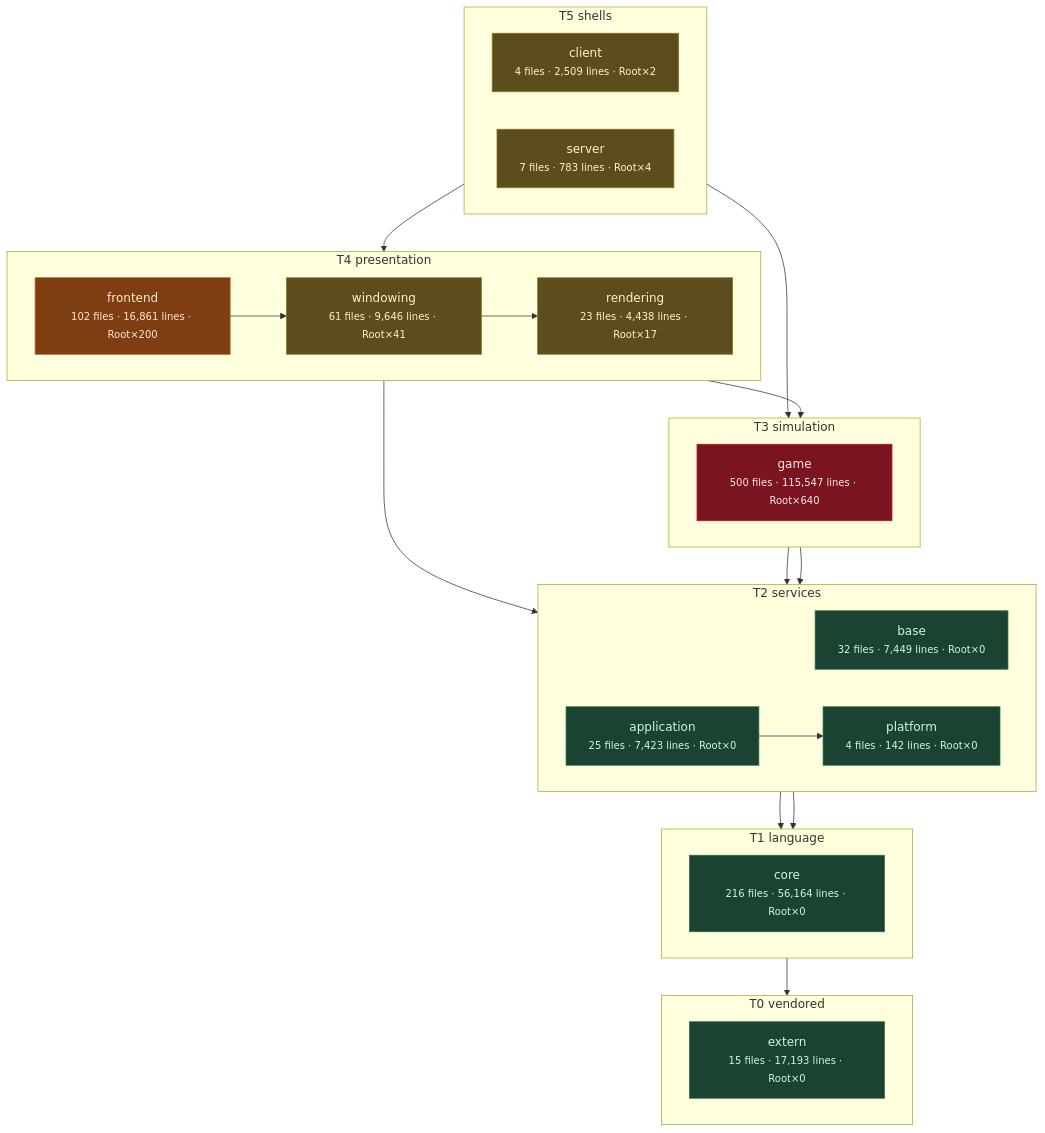
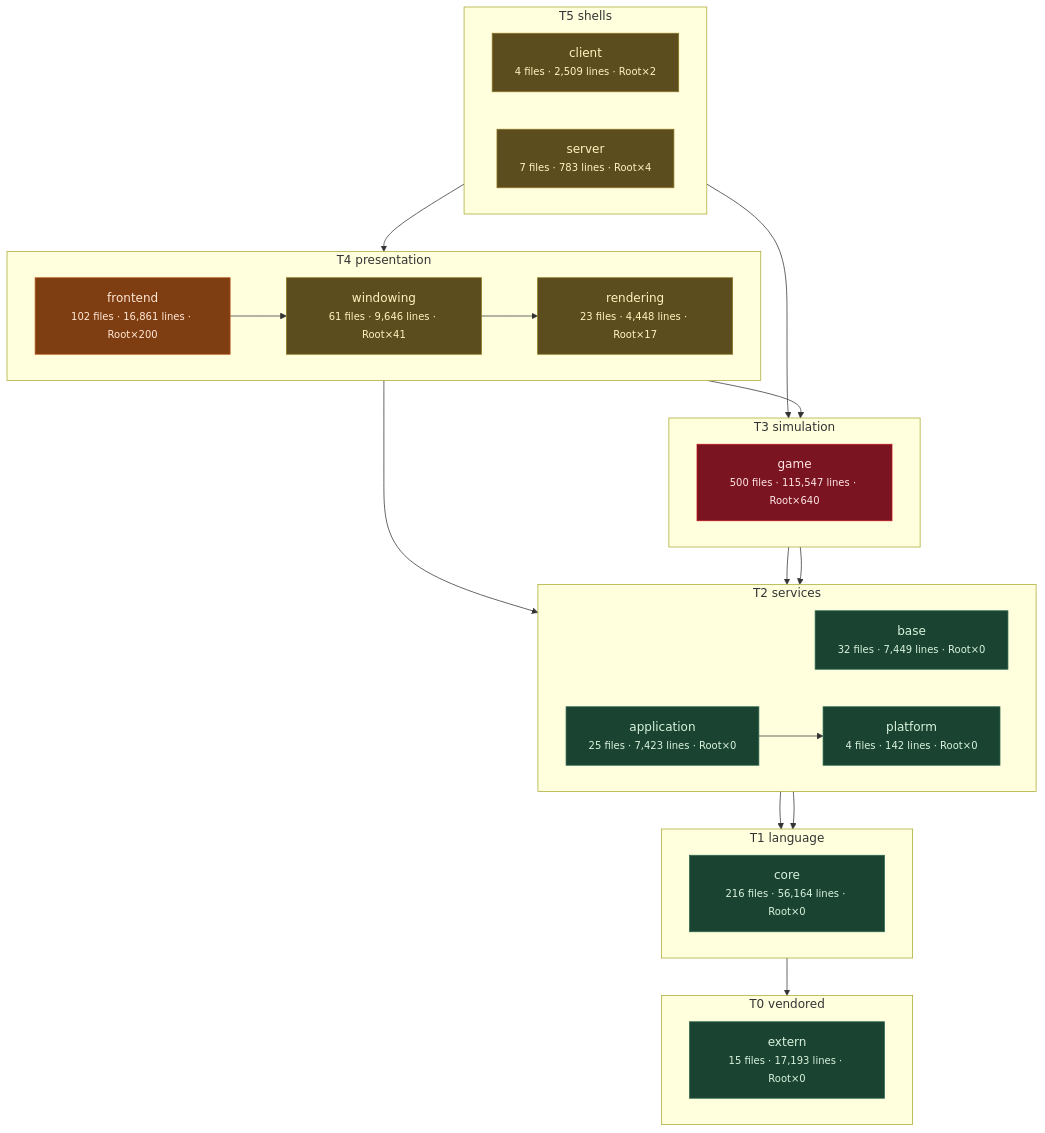
Before and after one commit to apnex/OpenStarbound: the third of 11 diagrams in docs/architecture/system-boundaries.md, drawn with Mermaid. The commit also changed other lines of this file, not shown here.

Commit message:
arch-graph: regenerate after the spread telemetry change [#224]

````diff
--- a/docs/architecture/system-boundaries.md
+++ b/docs/architecture/system-boundaries.md
@@ -270,52 +270,52 @@
 ```mermaid
 flowchart TD
   subgraph T0["T0 vendored"]
     direction LR
     extern["extern<br/><small>15 files · 17,193 lines · Root×0</small>"]
   end
   subgraph T1["T1 language"]
     direction LR
     core["core<br/><small>216 files · 56,164 lines · Root×0</small>"]
   end
   subgraph T2["T2 services"]
     direction LR
     base["base<br/><small>32 files · 7,449 lines · Root×0</small>"]
     platform["platform<br/><small>4 files · 142 lines · Root×0</small>"]
     application["application<br/><small>25 files · 7,423 lines · Root×0</small>"]
   end
   subgraph T3["T3 simulation"]
     direction LR
     game["game<br/><small>500 files · 115,547 lines · Root×640</small>"]
   end
   subgraph T4["T4 presentation"]
     direction LR
-    rendering["rendering<br/><small>23 files · 4,438 lines · Root×17</small>"]
+    rendering["rendering<br/><small>23 files · 4,448 lines · Root×17</small>"]
     windowing["windowing<br/><small>61 files · 9,646 lines · Root×41</small>"]
     frontend["frontend<br/><small>102 files · 16,861 lines · Root×200</small>"]
   end
   subgraph T5["T5 shells"]
     direction LR
     client["client<br/><small>4 files · 2,509 lines · Root×2</small>"]
     server["server<br/><small>7 files · 783 lines · Root×4</small>"]
   end
   core --> extern
   base --> core
   platform --> core
   application --> platform
   game --> base
   game --> platform
   rendering --> application
   rendering --> game
   windowing --> rendering
   frontend --> windowing
   client --> frontend
   server --> game
   classDef clean fill:#1b4332,stroke:#2d6a4f,color:#d8f3dc
   classDef warm  fill:#5c4d1e,stroke:#8a7420,color:#fff3bf
   classDef hot   fill:#7f3e12,stroke:#b5561b,color:#ffe8d6
   classDef blaze fill:#7a1420,stroke:#c1121f,color:#ffe5e5
   class extern,core,base,platform,application clean
   class rendering,windowing,client,server warm
   class frontend hot
   class game blaze
 ```
````
